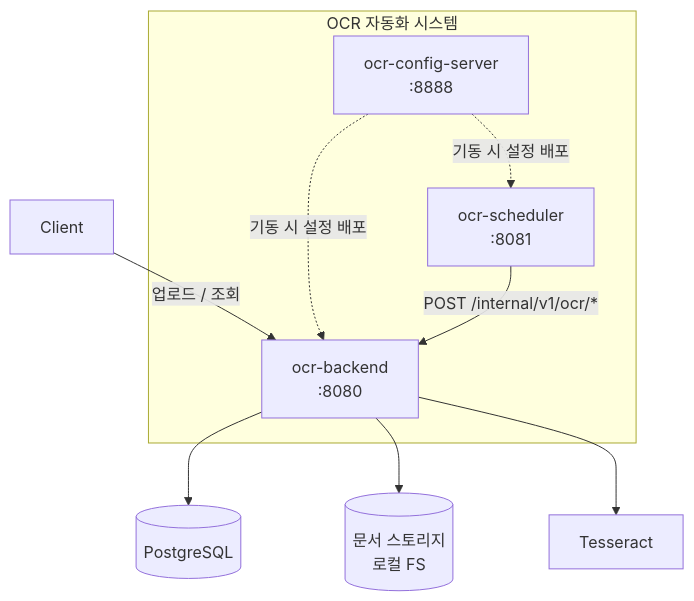
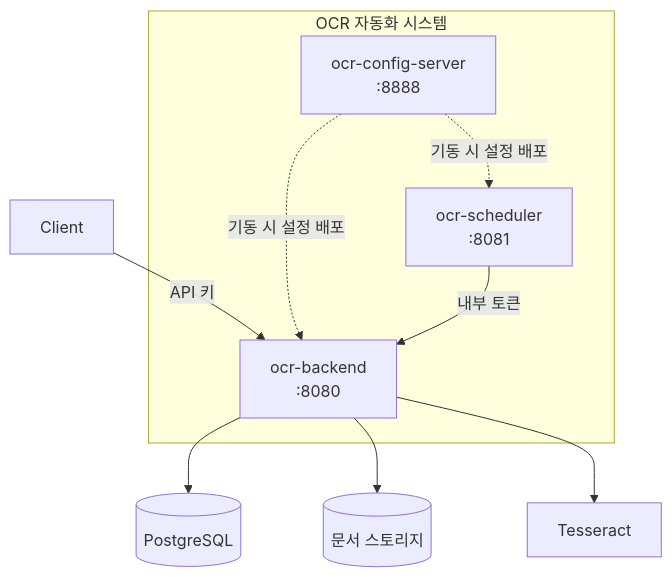
The first of 2 diagrams in README.md (hyunolike/ai.ocr-automation.system), drawn with Mermaid before and after one commit. The commit also changed other lines of this file, not shown here.

````diff
--- a/README.md
+++ b/README.md
@@ -18,17 +32,17 @@
 ```mermaid
 flowchart TB
-    C["Client"] -->|"업로드 / 조회"| BE
+    C["Client"] -->|"API 키"| BE
 
     subgraph SYS["OCR 자동화 시스템"]
         CS["ocr-config-server<br/>:8888"]
         BE["ocr-backend<br/>:8080"]
         SCH["ocr-scheduler<br/>:8081"]
     end
 
     CS -.->|"기동 시 설정 배포"| BE
     CS -.->|"기동 시 설정 배포"| SCH
-    SCH -->|"POST /internal/v1/ocr/*"| BE
+    SCH -->|"내부 토큰"| BE
     BE --> DB[("PostgreSQL")]
-    BE --> FS[("문서 스토리지<br/>로컬 FS")]
+    BE --> FS[("문서 스토리지")]
     BE --> OCR["Tesseract"]
 ```
````
